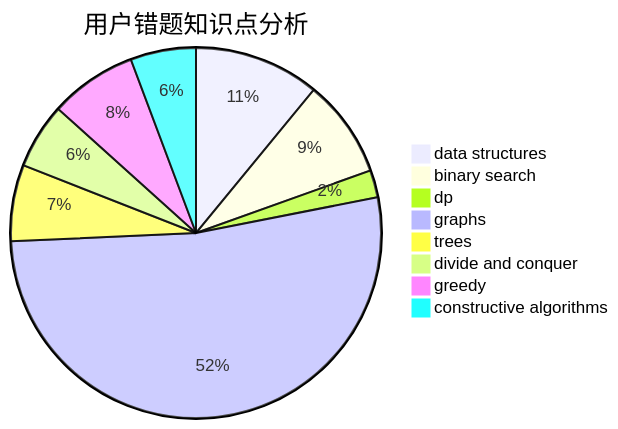
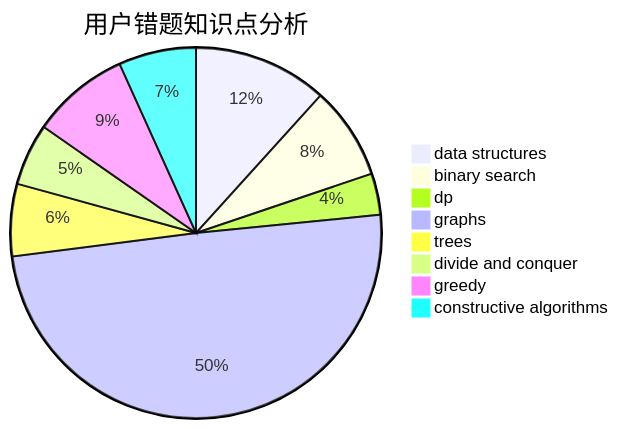
Before and after one commit to sherpahu/cfrs.github.io: the third of 3 diagrams in docs/user/u313.md, drawn with Mermaid. The commit also changed other lines of this file and 2770 other files, not shown here.

````diff
--- a/docs/user/u313.md
+++ b/docs/user/u313.md
@@ -36,11 +36,11 @@
 ```mermaid
 pie title 用户错题知识点分析
-    "data structures" :  23
+    "data structures" :  26
     "binary search" :  18
-    "dp" :  5
+    "dp" :  8
     "graphs" :  110
     "trees" :  14
     "divide and conquer" :  12
-    "greedy" :  16
-    "constructive algorithms" :  12
+    "greedy" :  19
+    "constructive algorithms" :  15
 ```
````
